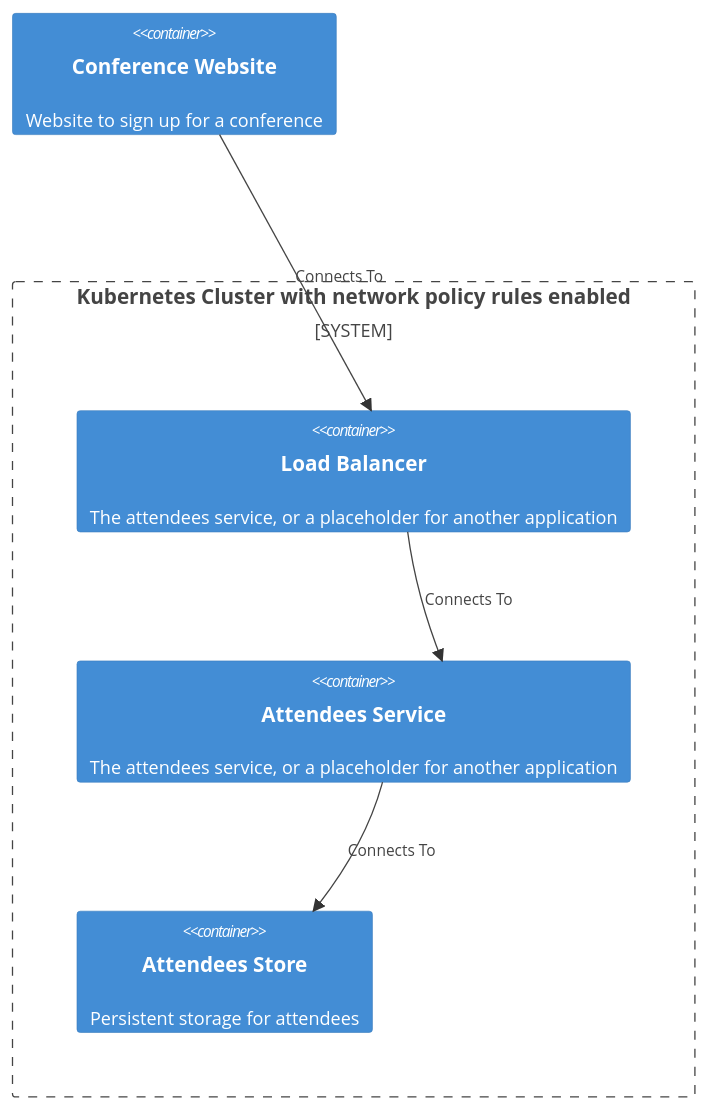
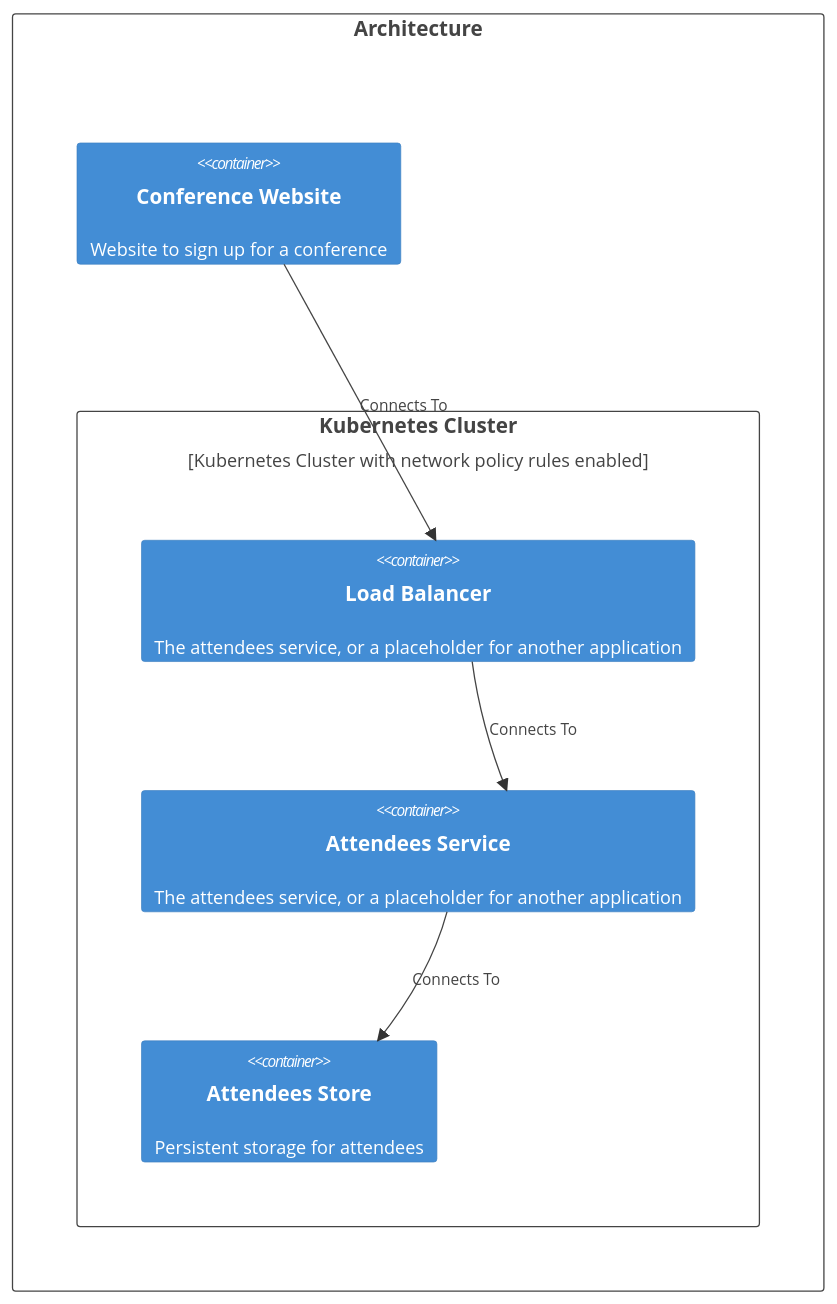
The diagram in cli/test_fixtures/getting-started/STEP-2/website/docs/index.md (finos/architecture-as-code), drawn with Mermaid before and after one commit. The commit also changed 24 other files, not shown here.

Commit message:
c4 diagram fix (#1510)

````diff
--- a/cli/test_fixtures/getting-started/STEP-2/website/docs/index.md
+++ b/cli/test_fixtures/getting-started/STEP-2/website/docs/index.md
@@ -13,23 +13,18 @@
 ```mermaid
-C4Container
+C4Deployment
 
-            Container(conference-website,"Conference Website","","Website to sign up for a conference")
-
-
-
-        System_Boundary("Kubernetes Cluster","Kubernetes Cluster with network policy rules enabled"){
-                Container(load-balancer,"Load Balancer","","The attendees service, or a placeholder for another application")
-                Container(attendees,"Attendees Service","","The attendees service, or a placeholder for another application")
-                Container(attendees-store,"Attendees Store","","Persistent storage for attendees")
-                Container(load-balancer,"Load Balancer","","The attendees service, or a placeholder for another application")
-                Container(attendees,"Attendees Service","","The attendees service, or a placeholder for another application")
-                Container(attendees-store,"Attendees Store","","Persistent storage for attendees")
+    Deployment_Node(deployment, "Architecture", ""){
+        Container(conference-website, "Conference Website", "", "Website to sign up for a conference")
+        Deployment_Node(k8s-cluster, "Kubernetes Cluster", "Kubernetes Cluster with network policy rules enabled"){
+            Container(load-balancer, "Load Balancer", "", "The attendees service, or a placeholder for another application")
+            Container(attendees, "Attendees Service", "", "The attendees service, or a placeholder for another application")
+            Container(attendees-store, "Attendees Store", "", "Persistent storage for attendees")
         }
-
+    }
 
     Rel(conference-website,load-balancer,"Connects To")
     Rel(load-balancer,attendees,"Connects To")
     Rel(attendees,attendees-store,"Connects To")
 
-UpdateLayoutConfig($c4ShapeInRow="2", $c4BoundaryInRow="0")
+    UpdateLayoutConfig($c4ShapeInRow="3", $c4BoundaryInRow="2")
 ```
````
